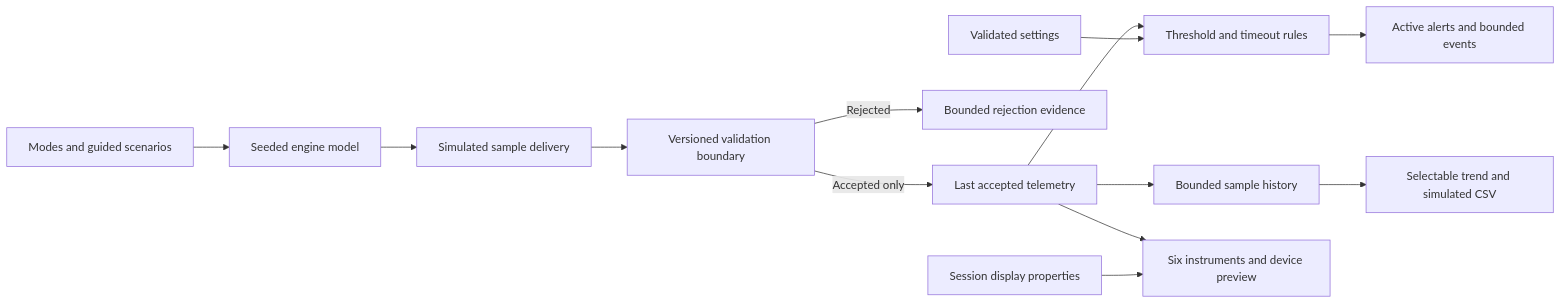
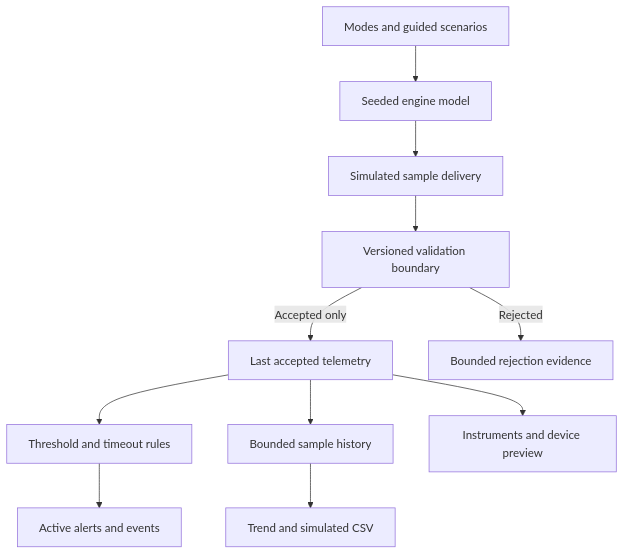
The first of 2 diagrams in README.md (CloudWizardBoricua/cobalt-instrument-studio), drawn with Mermaid before and after one commit. The commit also changed other lines of this file and 2 other files, not shown here.

Commit message:
docs: define production HMI architecture and roadmap

````diff
--- a/README.md
+++ b/README.md
@@ -128,15 +88,13 @@
 ```mermaid
-flowchart LR
+flowchart TD
   Commands[Modes and guided scenarios] --> Model[Seeded engine model]
   Model --> Transport[Simulated sample delivery]
   Transport --> Contract[Versioned validation boundary]
   Contract -->|Accepted only| Received[Last accepted telemetry]
   Contract -->|Rejected| Validation[Bounded rejection evidence]
   Received --> Diagnostics[Threshold and timeout rules]
   Received --> History[Bounded sample history]
-  Received --> Gauges[Six instruments and device preview]
-  History --> Trend[Selectable trend and simulated CSV]
-  Diagnostics --> Alerts[Active alerts and bounded events]
-  Settings[Validated settings] --> Diagnostics
-  Display[Session display properties] --> Gauges
+  Received --> Gauges[Instruments and device preview]
+  History --> Trend[Trend and simulated CSV]
+  Diagnostics --> Alerts[Active alerts and events]
 ```
````
